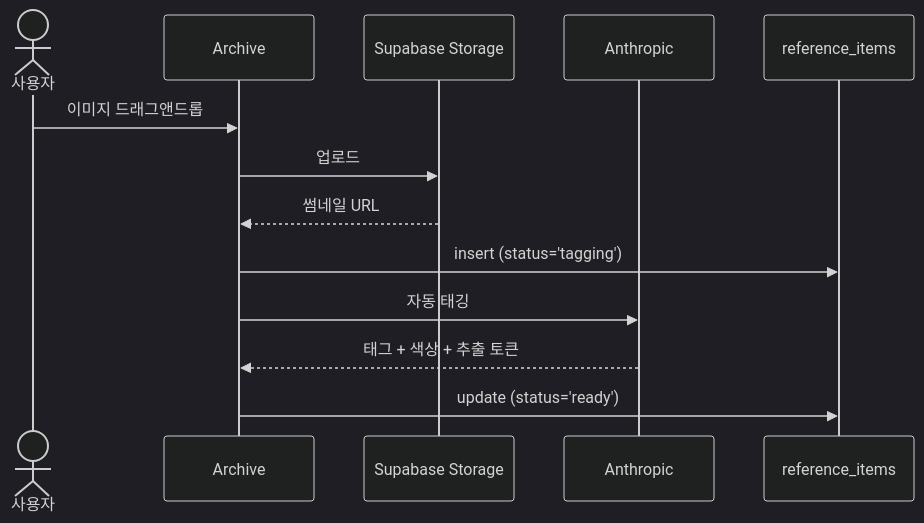
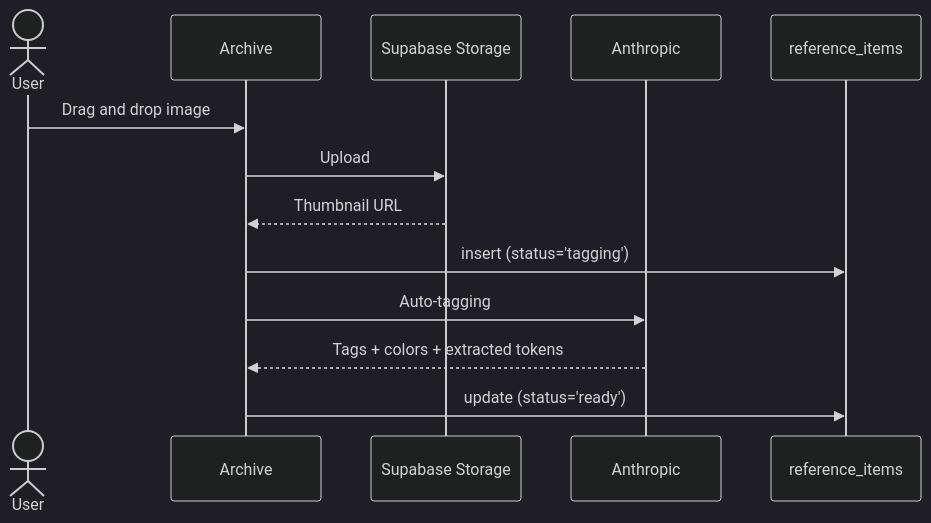
The first of 3 diagrams in docs/muse/04-data-bridge.md (cm123kk/muse-test), drawn with Mermaid (dark theme) before and after one commit. The commit also changed other lines of this file and 262 other files, not shown here.

````diff
--- a/docs/muse/04-data-bridge.md
+++ b/docs/muse/04-data-bridge.md
@@ -149,16 +149,16 @@
 ```mermaid
 sequenceDiagram
-  actor User as 사용자
+  actor User as User
   participant UI as Archive
   participant Storage as Supabase Storage
   participant API as Anthropic
   participant DB as reference_items
 
-  User->>UI: 이미지 드래그앤드롭
-  UI->>Storage: 업로드
-  Storage-->>UI: 썸네일 URL
+  User->>UI: Drag and drop image
+  UI->>Storage: Upload
+  Storage-->>UI: Thumbnail URL
   UI->>DB: insert (status='tagging')
-  UI->>API: 자동 태깅
-  API-->>UI: 태그 + 색상 + 추출 토큰
+  UI->>API: Auto-tagging
+  API-->>UI: Tags + colors + extracted tokens
   UI->>DB: update (status='ready')
 ```
````
